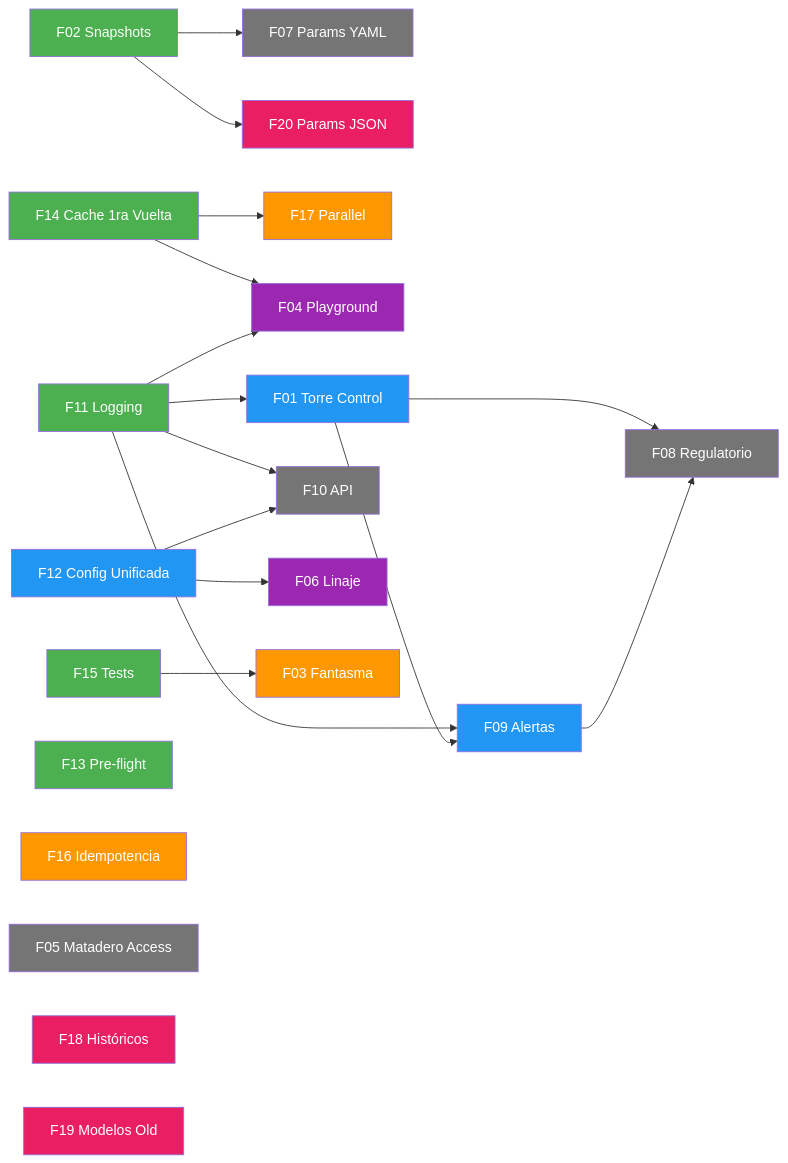
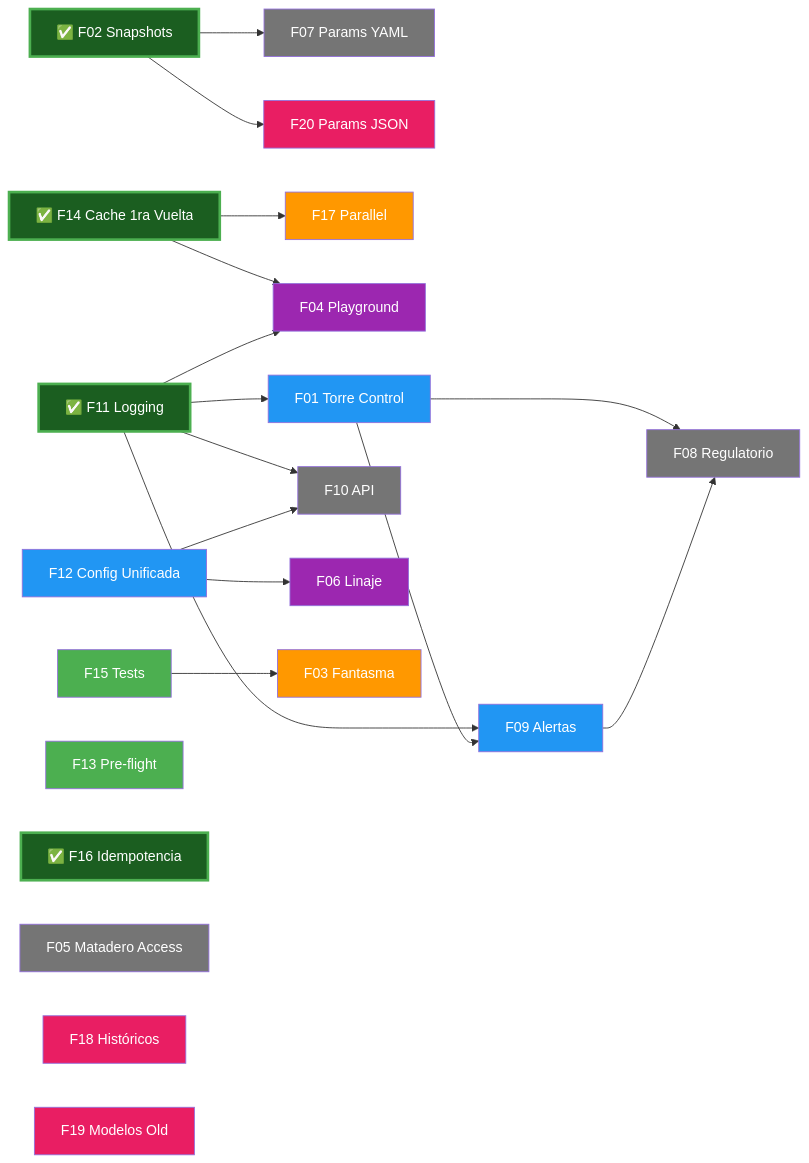
Before and after one commit to vmlandae/bfa-cl-modelos-diarios-v1: the second of 2 diagrams in docs/roadmap/index.md, drawn with Mermaid. The commit also changed other lines of this file and 5 other files, not shown here.

````diff
--- a/docs/roadmap/index.md
+++ b/docs/roadmap/index.md
@@ -342,43 +353,43 @@
 ```mermaid
 graph LR
-    F02[F02 Snapshots] --> F07[F07 Params YAML]
+    F02[✅ F02 Snapshots] --> F07[F07 Params YAML]
     F02 --> F20[F20 Params JSON]
-    F14[F14 Cache 1ra Vuelta] --> F17[F17 Parallel]
+    F14[✅ F14 Cache 1ra Vuelta] --> F17[F17 Parallel]
     F14 --> F04[F04 Playground]
-    F11[F11 Logging] --> F01[F01 Torre Control]
+    F11[✅ F11 Logging] --> F01[F01 Torre Control]
     F11 --> F09[F09 Alertas]
     F11 --> F04
     F11 --> F10[F10 API]
     F01 --> F09
     F01 --> F08[F08 Regulatorio]
     F09 --> F08
     F12[F12 Config Unificada] --> F06[F06 Linaje]
     F12 --> F10
     F15[F15 Tests] --> F03[F03 Fantasma]
     F13[F13 Pre-flight]
-    F16[F16 Idempotencia]
+    F16[✅ F16 Idempotencia]
     F05[F05 Matadero Access]
     F18[F18 Históricos]
     F19[F19 Modelos Old]
 
-    style F02 fill:#4CAF50,color:#fff
-    style F14 fill:#4CAF50,color:#fff
+    style F02 fill:#1B5E20,color:#fff,stroke:#4CAF50,stroke-width:3px
+    style F14 fill:#1B5E20,color:#fff,stroke:#4CAF50,stroke-width:3px
+    style F11 fill:#1B5E20,color:#fff,stroke:#4CAF50,stroke-width:3px
+    style F16 fill:#1B5E20,color:#fff,stroke:#4CAF50,stroke-width:3px
     style F13 fill:#4CAF50,color:#fff
     style F15 fill:#4CAF50,color:#fff
-    style F11 fill:#4CAF50,color:#fff
     style F01 fill:#2196F3,color:#fff
     style F12 fill:#2196F3,color:#fff
     style F09 fill:#2196F3,color:#fff
     style F03 fill:#FF9800,color:#fff
     style F17 fill:#FF9800,color:#fff
-    style F16 fill:#FF9800,color:#fff
     style F04 fill:#9C27B0,color:#fff
     style F06 fill:#9C27B0,color:#fff
     style F05 fill:#757575,color:#fff
     style F07 fill:#757575,color:#fff
     style F08 fill:#757575,color:#fff
     style F10 fill:#757575,color:#fff
     style F18 fill:#E91E63,color:#fff
     style F19 fill:#E91E63,color:#fff
     style F20 fill:#E91E63,color:#fff
 ```
````
